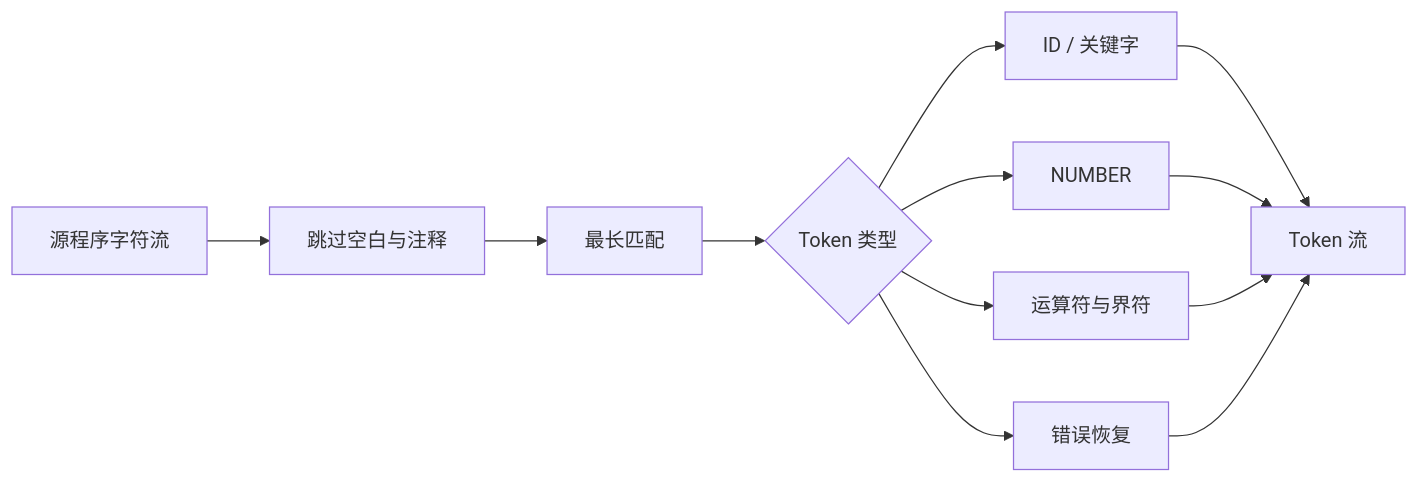
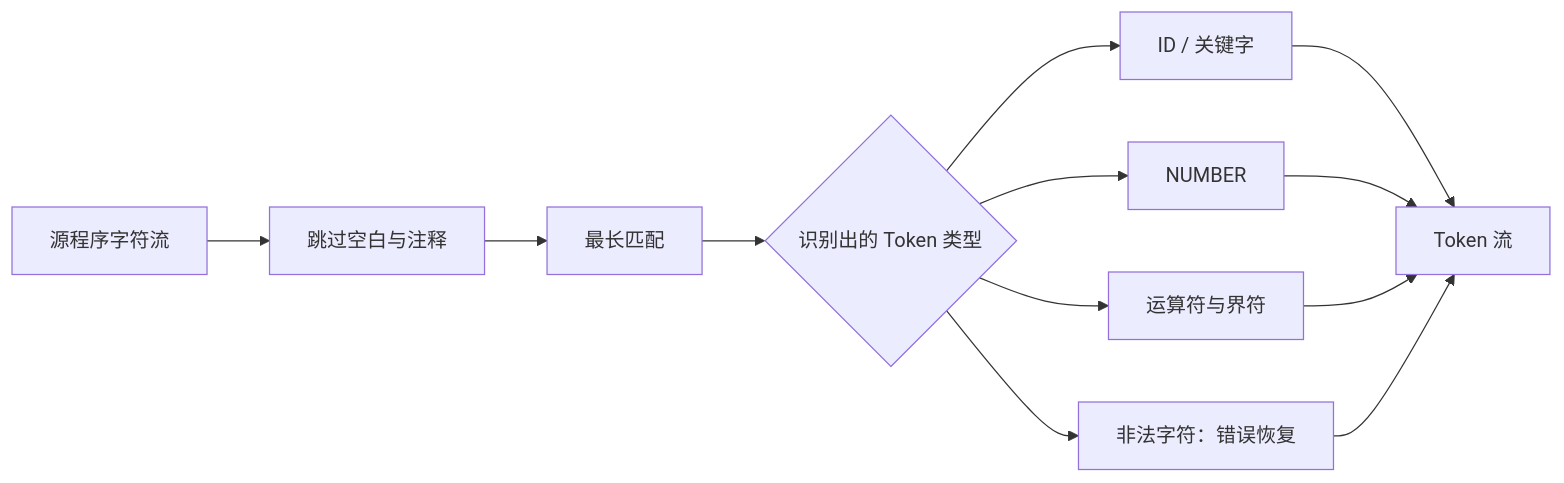
One commit to lightsmilew/compiler-principles changed the first of 3 diagrams in docs/labs/part1-lexer.md. Above: the diagram before and after it, drawn with Mermaid. The commit also changed other lines of this file and 22 other files, not shown here.

Commit message:
优化表述，提供部分图表

````diff
--- a/docs/labs/part1-lexer.md
+++ b/docs/labs/part1-lexer.md
@@ -14,14 +26,14 @@
 ```mermaid
 flowchart LR
   S[源程序字符流] --> W[跳过空白与注释]
   W --> M[最长匹配]
-  M --> K{Token 类型}
+  M --> K{识别出的 Token 类型}
   K --> I[ID / 关键字]
   K --> N[NUMBER]
   K --> O[运算符与界符]
-  K --> E[错误恢复]
+  K --> E["非法字符：错误恢复"]
   I --> T[Token 流]
   N --> T
   O --> T
   E --> T
 ```
````
